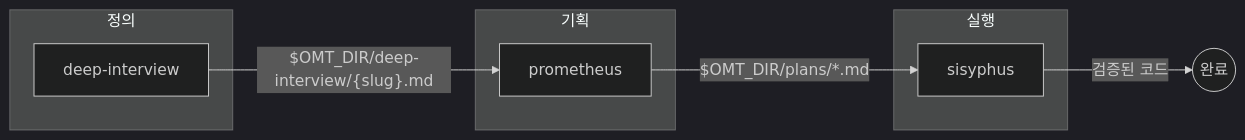
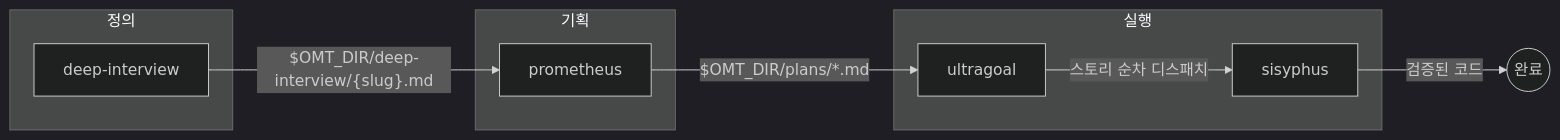
One commit to toongri/oh-my-toong-playground changed the first of 4 diagrams in docs/skills/core-pipeline.md. Above: the diagram before and after it, drawn with Mermaid (dark theme). The commit also changed other lines of this file and 2 other files, not shown here.

````diff
--- a/docs/skills/core-pipeline.md
+++ b/docs/skills/core-pipeline.md
@@ -44,16 +44,18 @@
 ```mermaid
 flowchart LR
     subgraph 정의
         deep["deep-interview"]
     end
     subgraph 기획
         prometheus["prometheus"]
     end
     subgraph 실행
+        ultragoal["ultragoal"]
         sisyphus["sisyphus"]
     end
 
     deep -->|"$OMT_DIR/deep-interview/{slug}.md"| prometheus
-    prometheus -->|"$OMT_DIR/plans/*.md"| sisyphus
+    prometheus -->|"$OMT_DIR/plans/*.md"| ultragoal
+    ultragoal -->|"스토리 순차 디스패치"| sisyphus
     sisyphus -->|"검증된 코드"| Done((완료))
 ```
````
